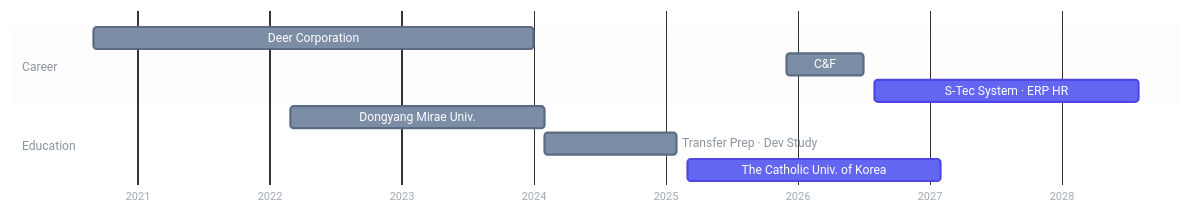
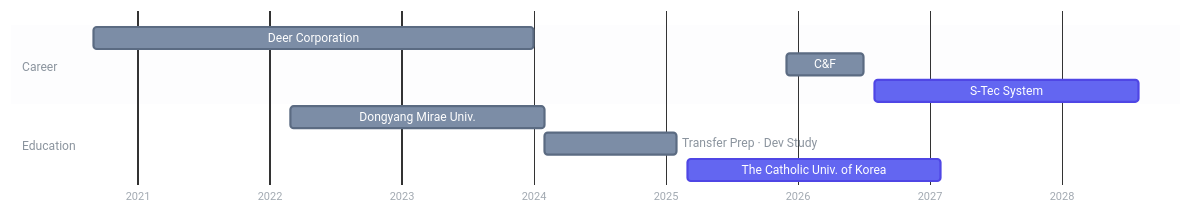
The diagram in README.md (Hwasowl/Hwasowl), drawn with Mermaid before and after one commit.

````diff
--- a/README.md
+++ b/README.md
@@ -15,32 +15,32 @@
 ```mermaid
 %%{init: {'theme':'base', 'themeVariables': {
   'fontFamily': '-apple-system, Segoe UI, sans-serif',
   'sectionBkgColor': 'rgba(139,148,158,0.08)',
   'altSectionBkgColor': 'rgba(139,148,158,0.02)',
   'gridColor': 'rgba(139,148,158,0.35)',
   'doneTaskBkgColor': '#7C8DA6',
   'doneTaskBorderColor': '#5B6B82',
   'activeTaskBkgColor': '#6366F1',
   'activeTaskBorderColor': '#4F46E5',
   'taskTextColor': '#FFFFFF',
   'taskTextDarkColor': '#FFFFFF',
   'taskTextLightColor': '#FFFFFF',
   'taskTextOutsideColor': '#8B949E',
   'sectionTitleColor': '#8B949E',
   'titleColor': '#8B949E',
   'textColor': '#8B949E',
   'todayLineColor': '#F43F5E'
 }}}%%
 gantt
     dateFormat YYYY-MM
     axisFormat %Y
     tickInterval 1year
     section Career
     Deer Corporation  :done,   2020-09, 2024-01
     C&F                          :done,   2025-12, 2026-07
-    S-Tec System · ERP HR             :active, 2026-08, 2028-08
+    S-Tec System             :active, 2026-08, 2028-08
     section Education
     Dongyang Mirae Univ. :done,   2022-03, 2024-02
     Transfer Prep · Dev Study                   :done,   2024-02, 2025-02
     The Catholic Univ. of Korea    :active, 2025-03, 2027-02
 ```
````
